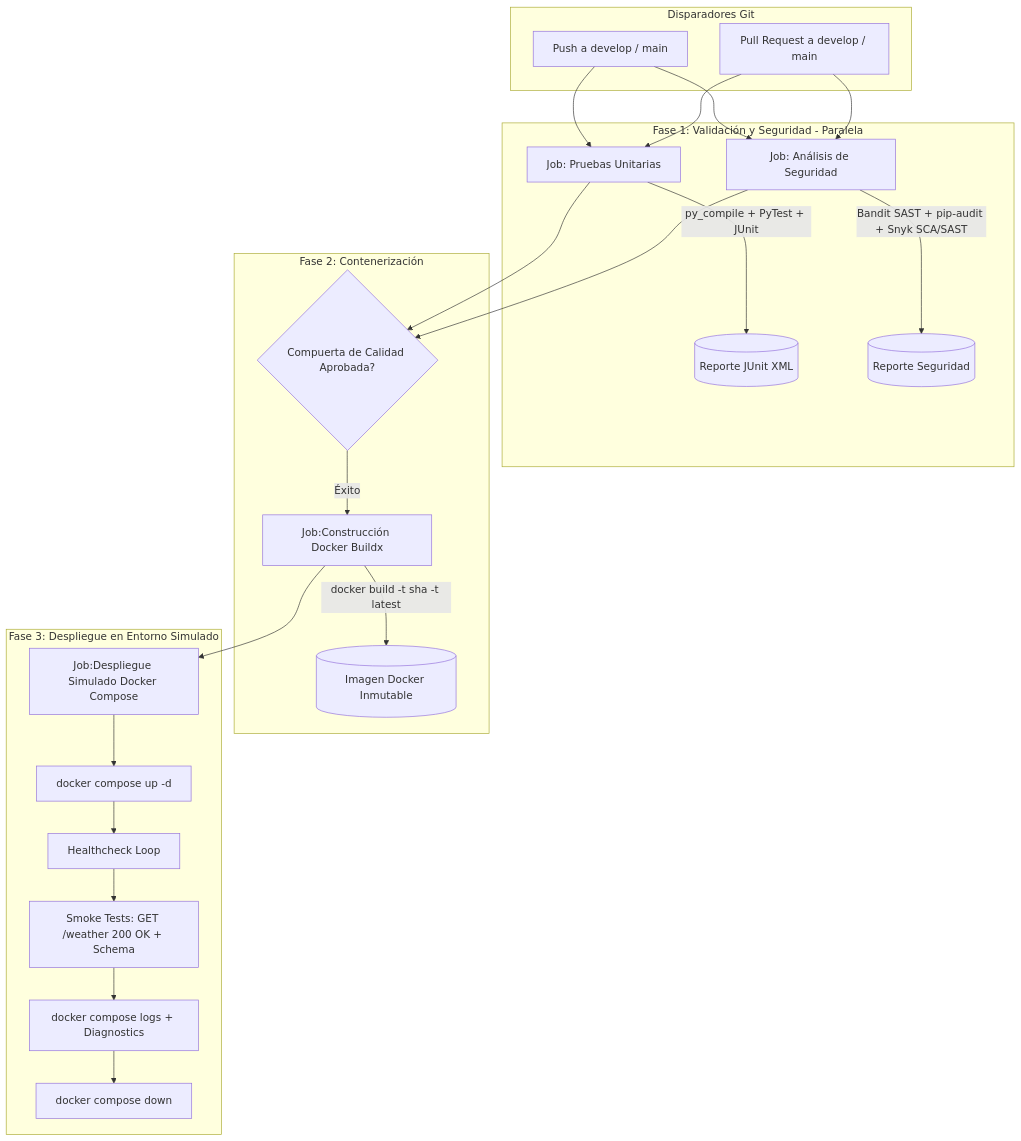
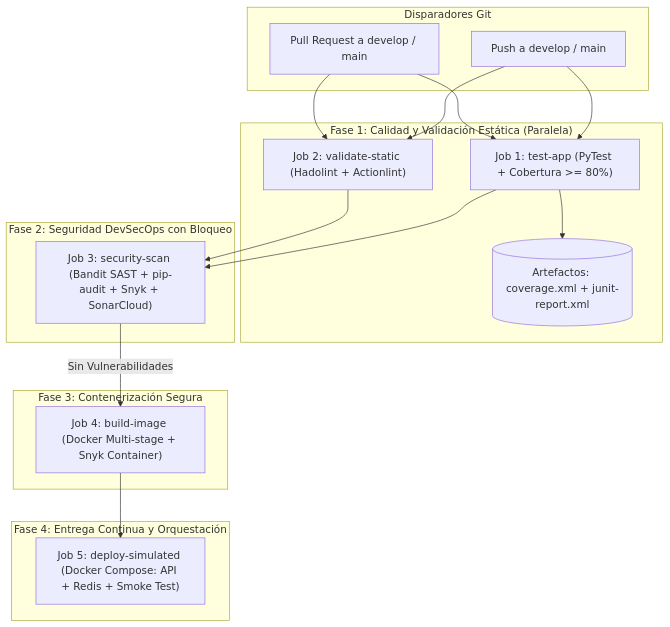
The diagram in README.md (MartinLopez1011/microservicio-clima), drawn with Mermaid before and after one commit. The commit also changed other lines of this file, not shown here.

Commit message:
docs(readme): actualiza documentacion del pipeline CI/CD, orquestacion, calidad y trazabilidad

````diff
--- a/README.md
+++ b/README.md
@@ -333,33 +308,28 @@
 ```mermaid
 flowchart TD
-    subgraph Triggers [Disparadores Git]
-        T1[Push a develop / main]
-        T2[Pull Request a develop / main]
+    subgraph Triggers ["Disparadores Git"]
+        T1["Push a develop / main"]
+        T2["Pull Request a develop / main"]
     end
 
-    subgraph CI [Fase 1: Validación y Seguridad - Paralela]
-        T1 --> J1[Job: Pruebas Unitarias]
+    subgraph Stage1 ["Fase 1: Calidad y Validación Estática (Paralela)"]
+        T1 --> J1["Job 1: test-app (PyTest + Cobertura >= 80%)"]
         T2 --> J1
-        T1 --> J2[Job: Análisis de Seguridad]
+        T1 --> J2["Job 2: validate-static (Hadolint + Actionlint)"]
         T2 --> J2
-
-        J1 -->|py_compile + PyTest + JUnit| R1[(Reporte JUnit XML)]
-        J2 -->|Bandit SAST + pip-audit + Snyk SCA/SAST| R2[(Reporte Seguridad)]
+        J1 --> ART[("Artefactos: coverage.xml + junit-report.xml")]
     end
 
-    subgraph Build [Fase 2: Contenerización]
-        J1 --> J3{Compuerta de Calidad Aprobada?}
+    subgraph Stage2 ["Fase 2: Seguridad DevSecOps con Bloqueo"]
+        J1 --> J3["Job 3: security-scan (Bandit SAST + pip-audit + Snyk + SonarCloud)"]
         J2 --> J3
-        J3 -->|Éxito| J4[Job:Construcción Docker Buildx]
-        J4 -->|docker build -t sha -t latest| IMG[(Imagen Docker Inmutable)]
     end
 
-    subgraph CD [Fase 3: Despliegue en Entorno Simulado]
-        J4 --> J5[Job:Despliegue Simulado Docker Compose]
-        J5 --> S1[docker compose up -d]
-        S1 --> S2[Healthcheck Loop]
-        S2 --> S3[Smoke Tests: GET /weather 200 OK + Schema]
-        S3 --> S4[docker compose logs + Diagnostics]
-        S4 --> S5[docker compose down]
+    subgraph Stage3 ["Fase 3: Contenerización Segura"]
+        J3 -->|Sin Vulnerabilidades| J4["Job 4: build-image (Docker Multi-stage + Snyk Container)"]
+    end
+
+    subgraph Stage4 ["Fase 4: Entrega Continua y Orquestación"]
+        J4 --> J5["Job 5: deploy-simulated (Docker Compose: API + Redis + Smoke Test)"]
     end
 ```
````
